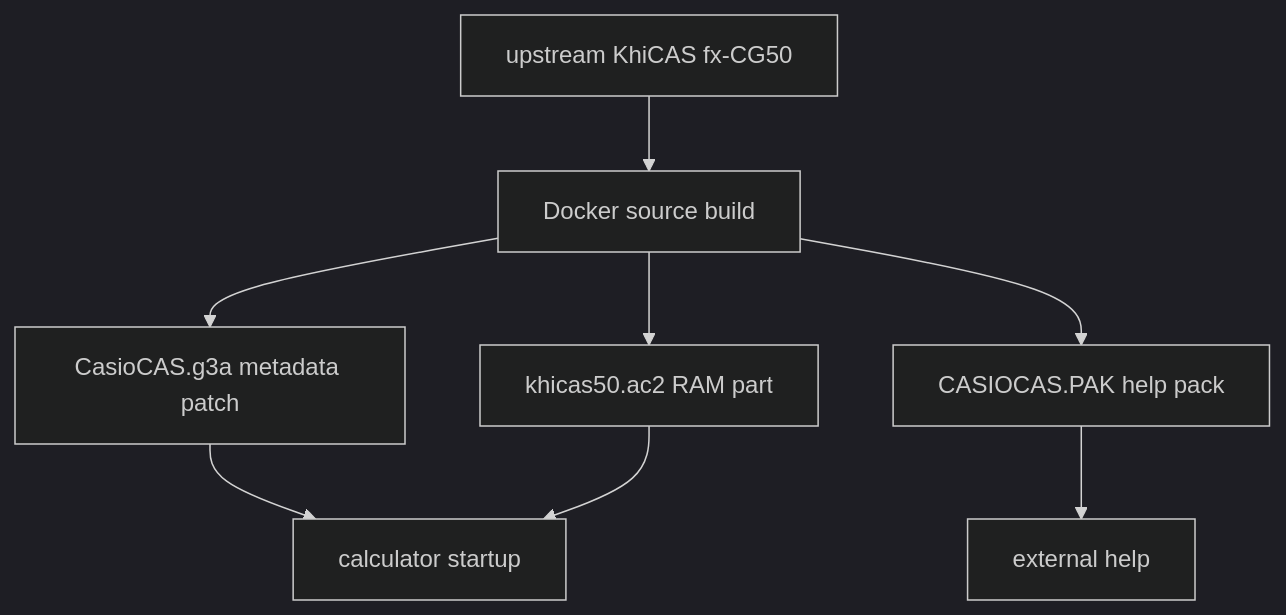
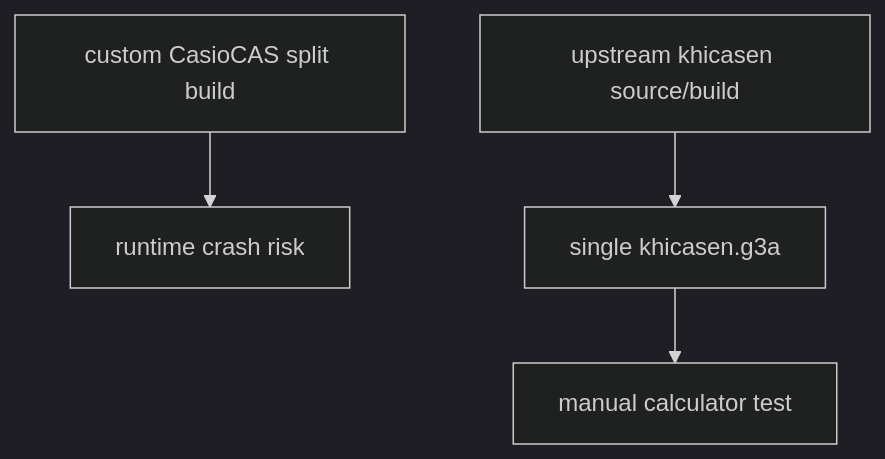
Before and after one commit to james8464/notes-addin-casio-fx-cg50: the diagram in docs/runtime_risk_audit.md, drawn with Mermaid (dark theme). The commit also changed other lines of this file and 349 other files, not shown here.

````diff
--- a/docs/runtime_risk_audit.md
+++ b/docs/runtime_risk_audit.md
@@ -3,10 +11,6 @@
 ```mermaid
 graph TD
-  U["upstream KhiCAS fx-CG50"] --> B["Docker source build"]
-  B --> G["CasioCAS.g3a metadata patch"]
-  B --> A["khicas50.ac2 RAM part"]
-  B --> P["CASIOCAS.PAK help pack"]
-  G --> C["calculator startup"]
-  A --> C
-  P --> H["external help"]
+  Broken["custom CasioCAS split build"] --> Crash["runtime crash risk"]
+  Stable["upstream khicasen source/build"] --> G3A["single khicasen.g3a"]
+  G3A --> Test["manual calculator test"]
 ```
````
